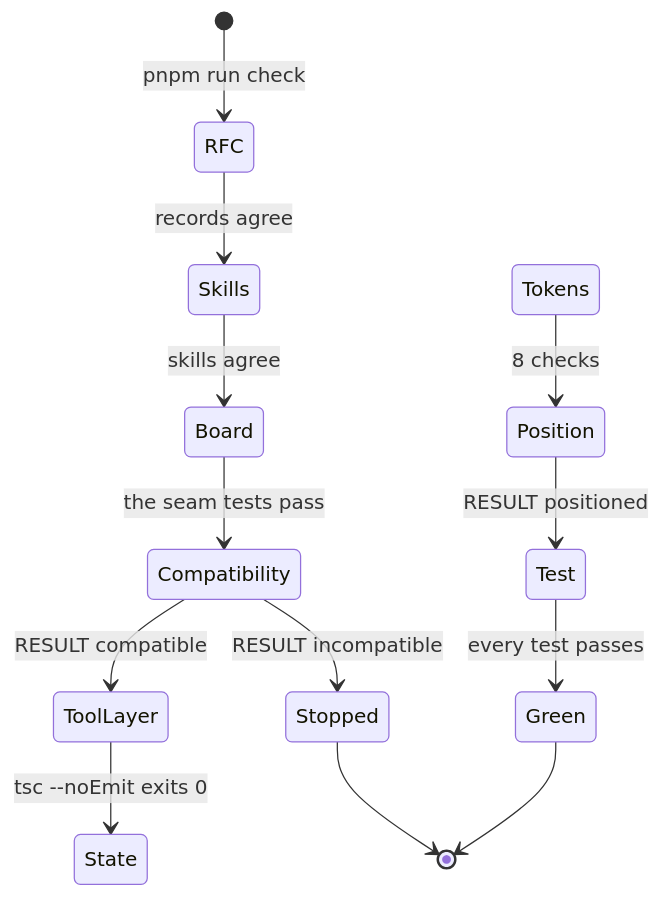
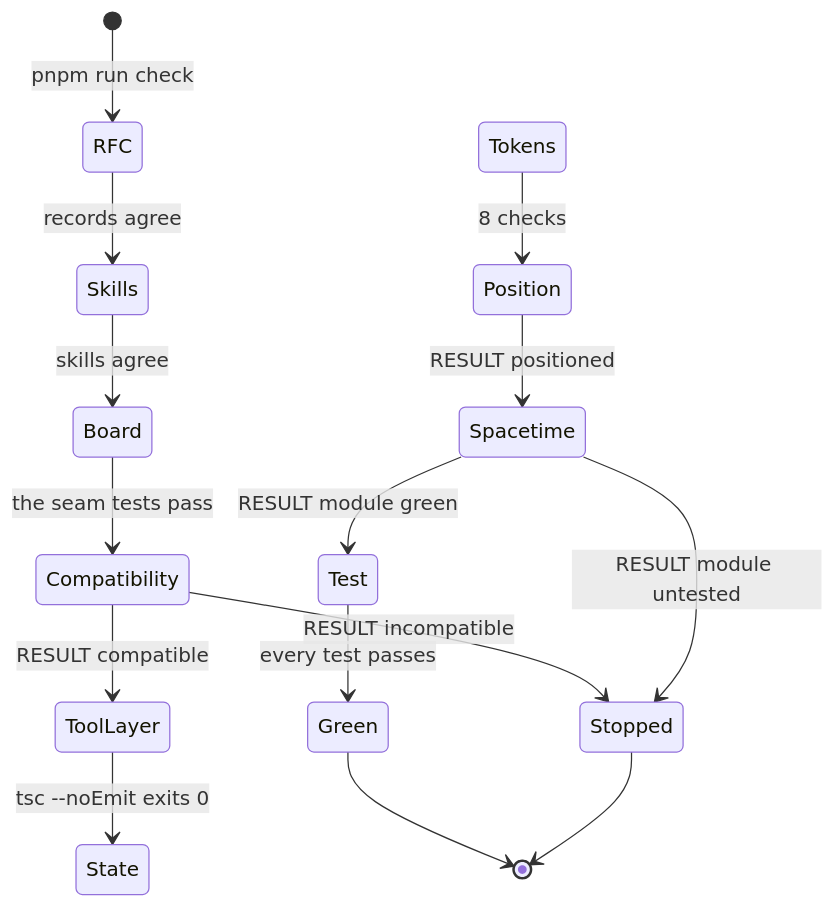
The first of 4 diagrams in Documentation/Reference/Diagram/Gates.md (NikolaRHristov/TimeLine), drawn with Mermaid before and after one commit. The commit also changed other lines of this file and 7 other files, not shown here.

First line of the commit message:
fix: improve error handling and output formatting in Spacetime module

````diff
--- a/Documentation/Reference/Diagram/Gates.md
+++ b/Documentation/Reference/Diagram/Gates.md
@@ -13,16 +13,18 @@
 ```mermaid
 stateDiagram-v2
   [*] --> RFC: pnpm run check
   RFC --> Skills: records agree
   Skills --> Board: skills agree
   Board --> Compatibility: the seam tests pass
   Compatibility --> ToolLayer: RESULT compatible
   ToolLayer --> State: tsc --noEmit exits 0
   State --> Tokens: 31 properties hold
   Tokens --> Position: 8 checks
-  Position --> Test: RESULT positioned
+  Position --> Spacetime: RESULT positioned
+  Spacetime --> Test: RESULT module green
   Test --> Green: every test passes
   Green --> [*]
   Compatibility --> Stopped: RESULT incompatible
+  Spacetime --> Stopped: RESULT module untested
   Stopped --> [*]
 ```
````
